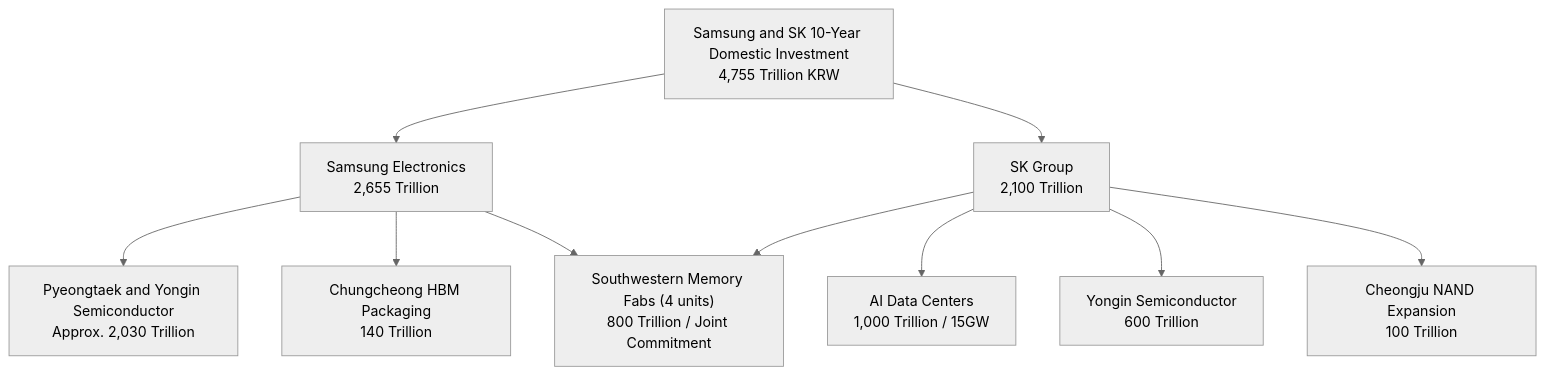
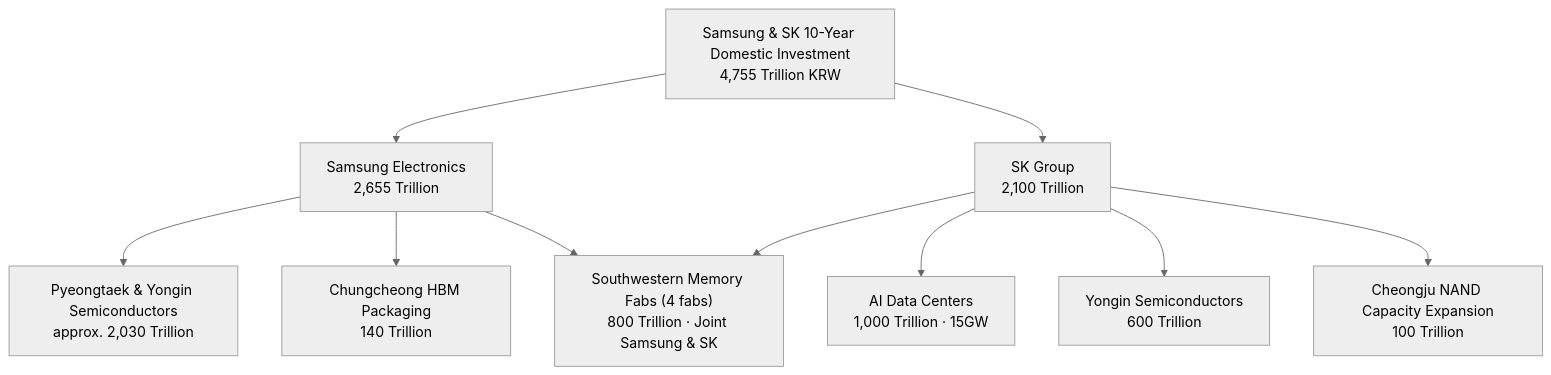
Before and after one commit to ThakiCloud/thakicloud.github.io: the diagram in _posts/en/news/2026-06-30-samsung-skhynix-ai-memory-mega-investment.md, drawn with Mermaid (neutral theme). The commit also changed other lines of this file and 2 other files, not shown here.

First line of the commit message:
fix(news): refocus Samsung·SK post on the announcement, not the $880B figure

````diff
--- a/_posts/en/news/2026-06-30-samsung-skhynix-ai-memory-mega-investment.md
+++ b/_posts/en/news/2026-06-30-samsung-skhynix-ai-memory-mega-investment.md
@@ -49,12 +47,12 @@
 ```mermaid
 flowchart TB
-    A["Samsung and SK 10-Year Domestic Investment<br/>4,755 Trillion KRW"] --> B["Samsung Electronics<br/>2,655 Trillion"]
+    A["Samsung & SK 10-Year Domestic Investment<br/>4,755 Trillion KRW"] --> B["Samsung Electronics<br/>2,655 Trillion"]
     A --> C["SK Group<br/>2,100 Trillion"]
-    B --> B1["Pyeongtaek and Yongin Semiconductor<br/>Approx. 2,030 Trillion"]
+    B --> B1["Pyeongtaek & Yongin Semiconductors<br/>approx. 2,030 Trillion"]
     B --> B2["Chungcheong HBM Packaging<br/>140 Trillion"]
-    C --> C1["AI Data Centers<br/>1,000 Trillion / 15GW"]
-    C --> C2["Yongin Semiconductor<br/>600 Trillion"]
-    C --> C3["Cheongju NAND Expansion<br/>100 Trillion"]
-    B --> D["Southwestern Memory Fabs (4 units)<br/>800 Trillion / Joint Commitment"]
+    C --> C1["AI Data Centers<br/>1,000 Trillion · 15GW"]
+    C --> C2["Yongin Semiconductors<br/>600 Trillion"]
+    C --> C3["Cheongju NAND Capacity Expansion<br/>100 Trillion"]
+    B --> D["Southwestern Memory Fabs (4 fabs)<br/>800 Trillion · Joint Samsung & SK"]
     C --> D
 ```
````
